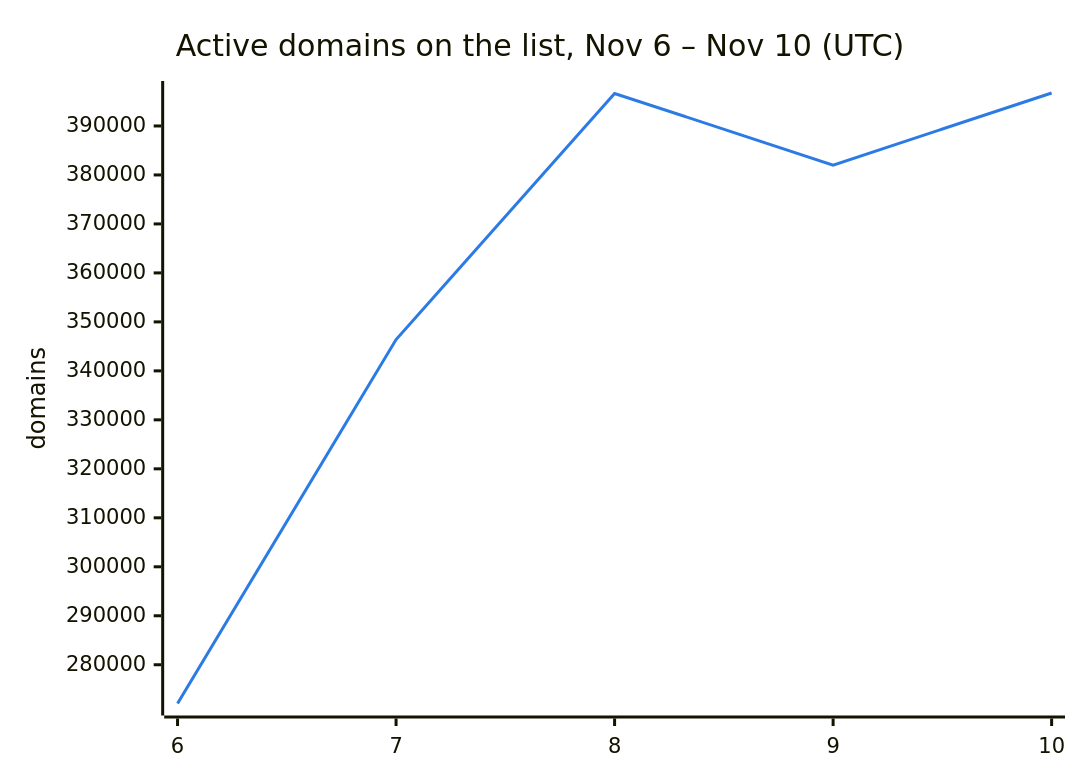
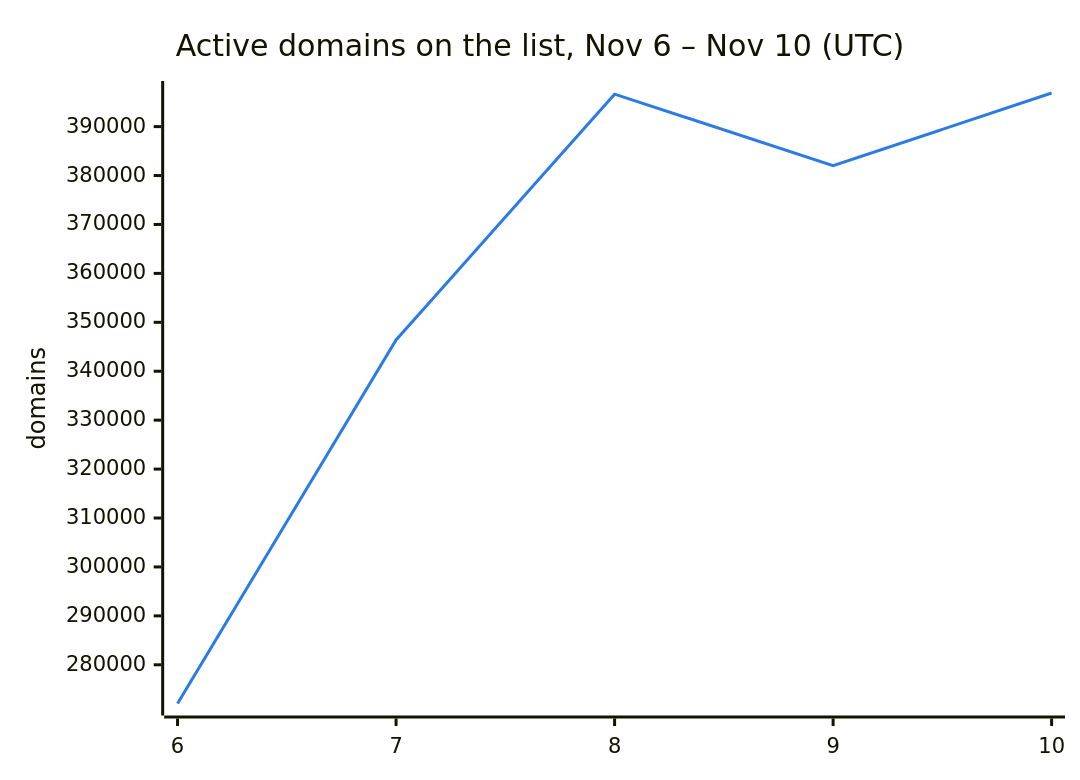
The second of 3 diagrams in README.md (DNSBunker/CTI), drawn with Mermaid before and after one commit. The commit also changed other lines of this file and 3 other files, not shown here.

````diff
--- a/README.md
+++ b/README.md
@@ -38,8 +38,8 @@
 ```mermaid
 %%{init: {"themeVariables": {"xyChart": {"plotColorPalette": "#2c7be5"}}}}%%
 xychart-beta
     title "Active domains on the list, Nov 6 – Nov 10 (UTC)"
     x-axis ["6", "7", "8", "9", "10"]
     y-axis "domains"
-    line [272088, 346388, 396638, 382009, 396731]
+    line [272088, 346388, 396638, 382009, 396870]
 ```
````
